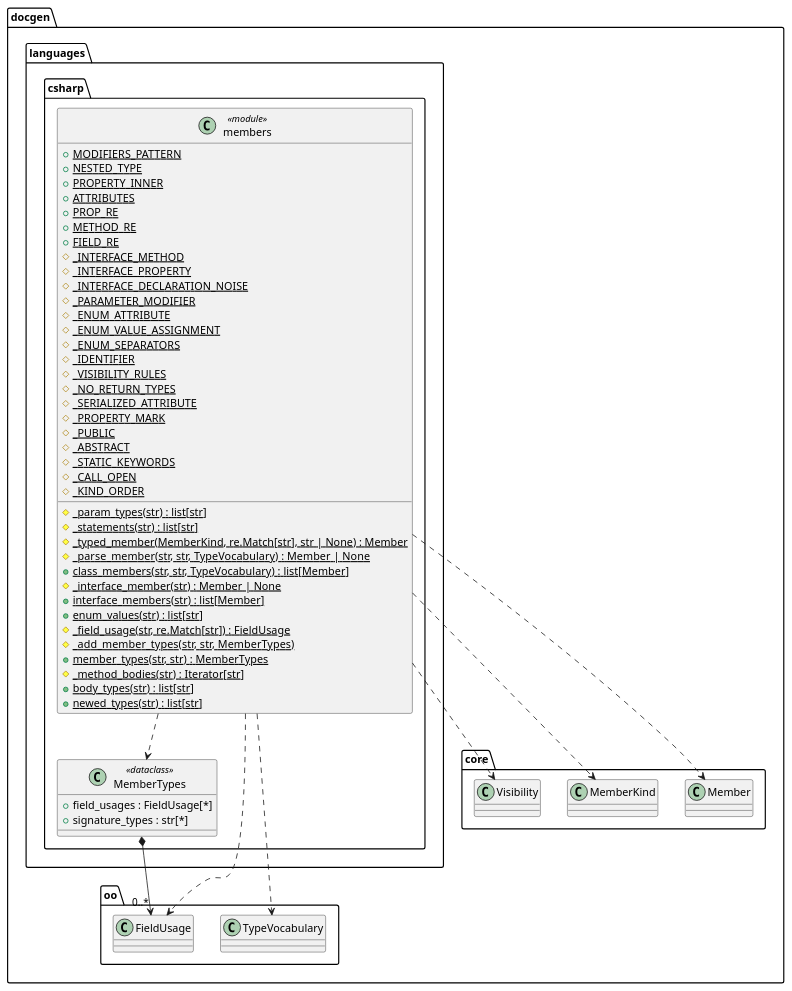
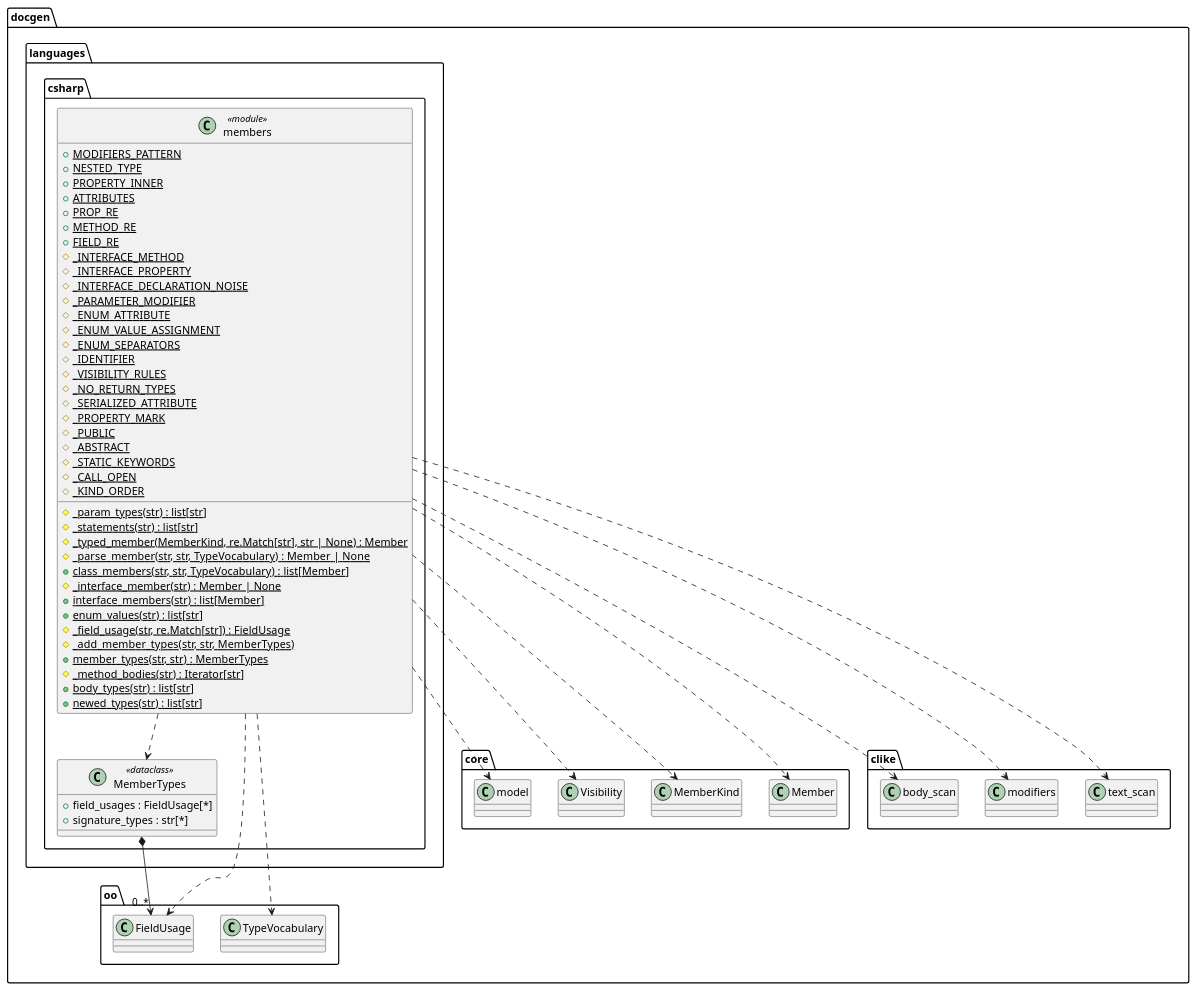
One commit to Boulede987/DocGeneration changed the diagram in docs/Modelisation/Fragments-Full/docgen/languages/csharp/members.puml. Above: the diagram before and after it, drawn with PlantUML. The commit also changed 100 other files, not shown here.

```diff
--- a/docs/Modelisation/Fragments-Full/docgen/languages/csharp/members.puml
+++ b/docs/Modelisation/Fragments-Full/docgen/languages/csharp/members.puml
@@ -1,54 +1,58 @@
 namespace docgen.languages.csharp {
 class MemberTypes <<dataclass>> {
   + field_usages : FieldUsage[*]
   + signature_types : str[*]
 }
 class members <<module>> {
   + {static} MODIFIERS_PATTERN
   + {static} NESTED_TYPE
   + {static} PROPERTY_INNER
   + {static} ATTRIBUTES
   + {static} PROP_RE
   + {static} METHOD_RE
   + {static} FIELD_RE
   # {static} _INTERFACE_METHOD
   # {static} _INTERFACE_PROPERTY
   # {static} _INTERFACE_DECLARATION_NOISE
   # {static} _PARAMETER_MODIFIER
   # {static} _ENUM_ATTRIBUTE
   # {static} _ENUM_VALUE_ASSIGNMENT
   # {static} _ENUM_SEPARATORS
   # {static} _IDENTIFIER
   # {static} _VISIBILITY_RULES
   # {static} _NO_RETURN_TYPES
   # {static} _SERIALIZED_ATTRIBUTE
   # {static} _PROPERTY_MARK
   # {static} _PUBLIC
   # {static} _ABSTRACT
   # {static} _STATIC_KEYWORDS
   # {static} _CALL_OPEN
   # {static} _KIND_ORDER
   # {static} _param_types(str) : list[str]
   # {static} _statements(str) : list[str]
   # {static} _typed_member(MemberKind, re.Match[str], str | None) : Member
   # {static} _parse_member(str, str, TypeVocabulary) : Member | None
   + {static} class_members(str, str, TypeVocabulary) : list[Member]
   # {static} _interface_member(str) : Member | None
   + {static} interface_members(str) : list[Member]
   + {static} enum_values(str) : list[str]
   # {static} _field_usage(str, re.Match[str]) : FieldUsage
   # {static} _add_member_types(str, str, MemberTypes)
   + {static} member_types(str, str) : MemberTypes
   # {static} _method_bodies(str) : Iterator[str]
   + {static} body_types(str) : list[str]
   + {static} newed_types(str) : list[str]
 }
 }
 
 docgen.languages.csharp.MemberTypes *--> "0..*" docgen.oo.FieldUsage
 docgen.languages.csharp.members ..> docgen.oo.FieldUsage
 docgen.languages.csharp.members ..> docgen.core.Member
 docgen.languages.csharp.members ..> docgen.core.MemberKind
 docgen.languages.csharp.members ..> docgen.languages.csharp.MemberTypes
 docgen.languages.csharp.members ..> docgen.oo.TypeVocabulary
 docgen.languages.csharp.members ..> docgen.core.Visibility
+docgen.languages.csharp.members ..> docgen.clike.text_scan
+docgen.languages.csharp.members ..> docgen.clike.modifiers
+docgen.languages.csharp.members ..> docgen.core.model
+docgen.languages.csharp.members ..> docgen.clike.body_scan
```
